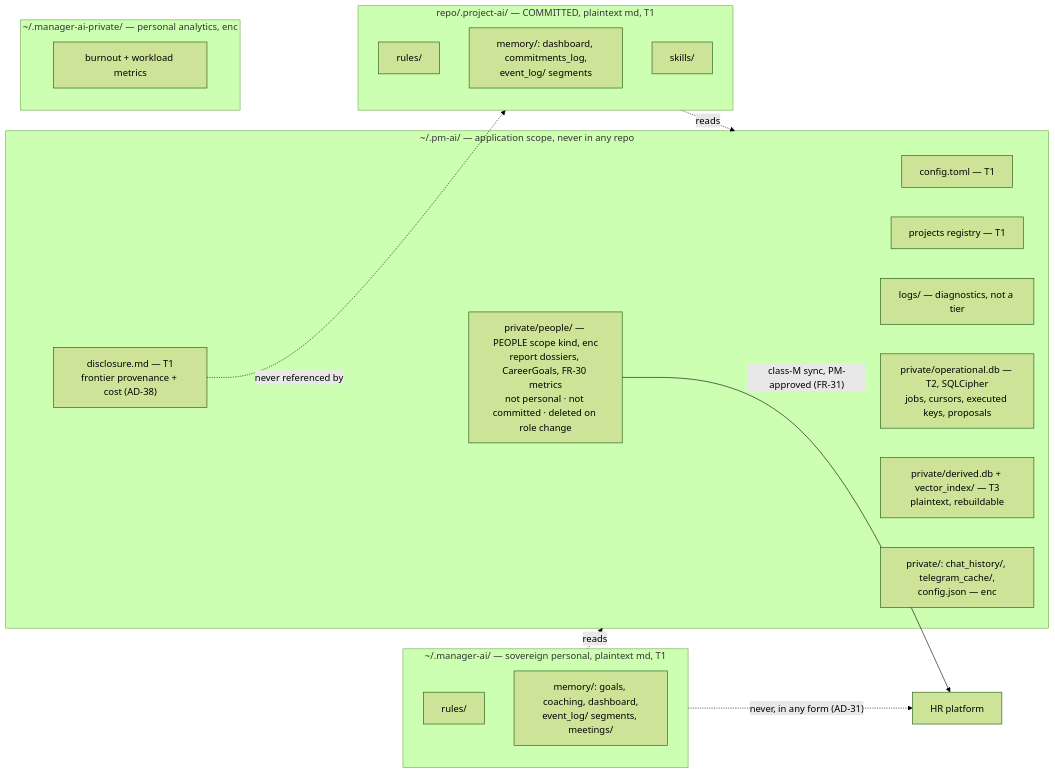
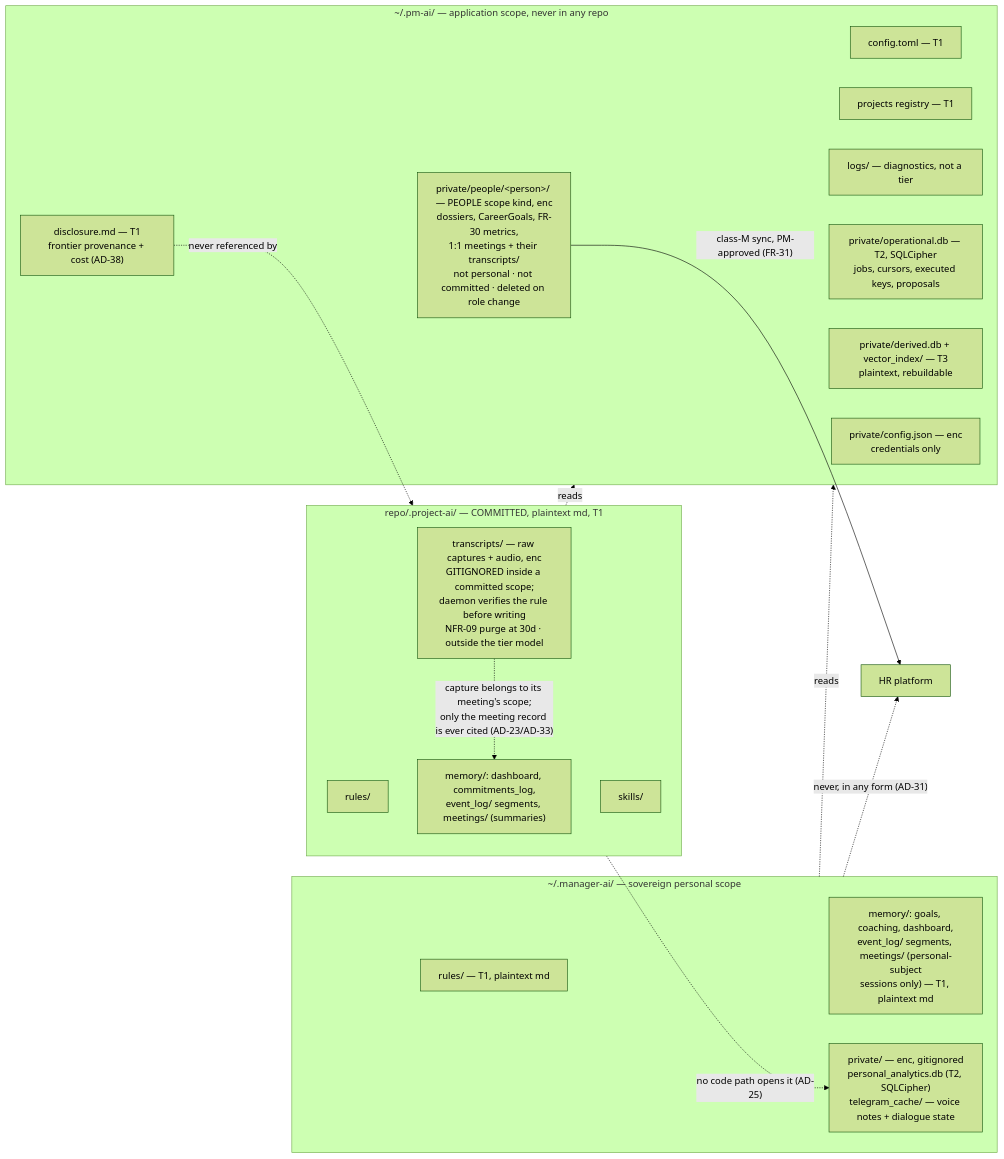
One commit to aramaniuk/pm-ai changed the third of 4 diagrams in _bmad-output/planning-artifacts/architecture/architecture-pm-ai-2026-08-18/ARCHITECTURE-SPINE.md. Above: the diagram before and after it, drawn with Mermaid (forest theme). The commit also changed other lines of this file and 10 other files, not shown here.

Commit message:
architecture & prd hardening: directory structure

````diff
--- a/_bmad-output/planning-artifacts/architecture/architecture-pm-ai-2026-08-18/ARCHITECTURE-SPINE.md
+++ b/_bmad-output/planning-artifacts/architecture/architecture-pm-ai-2026-08-18/ARCHITECTURE-SPINE.md
@@ -601,30 +618,31 @@
 ```mermaid
 graph LR
     subgraph APP["~/.pm-ai/ — application scope, never in any repo"]
         A1["config.toml — T1"]
         A2["projects registry — T1"]
         A3["disclosure.md — T1<br/>frontier provenance + cost (AD-38)"]
         A4["logs/ — diagnostics, not a tier"]
         A5["private/operational.db — T2, SQLCipher<br/>jobs, cursors, executed keys, proposals"]
         A6["private/derived.db + vector_index/ — T3<br/>plaintext, rebuildable"]
-        A7["private/: chat_history/, telegram_cache/,<br/>config.json — enc"]
-        A8["private/people/ — PEOPLE scope kind, enc<br/>report dossiers, CareerGoals, FR-30 metrics<br/>not personal · not committed · deleted on role change"]
+        A7["private/config.json — enc<br/>credentials only"]
+        A8["private/people/&lt;person&gt;/ — PEOPLE scope kind, enc<br/>dossiers, CareerGoals, FR-30 metrics,<br/>1:1 meetings + their transcripts/<br/>not personal · not committed · deleted on role change"]
     end
-    subgraph PERS["~/.manager-ai/ — sovereign personal, plaintext md, T1"]
-        P1[rules/]
-        P2["memory/: goals, coaching, dashboard,<br/>event_log/ segments, meetings/"]
-    end
-    subgraph PERSPRIV["~/.manager-ai-private/ — personal analytics, enc"]
-        PP1[burnout + workload metrics]
+    subgraph PERS["~/.manager-ai/ — sovereign personal scope"]
+        P1["rules/ — T1, plaintext md"]
+        P2["memory/: goals, coaching, dashboard,<br/>event_log/ segments, meetings/ (personal-subject<br/>sessions only) — T1, plaintext md"]
+        P3["private/ — enc, gitignored<br/>personal_analytics.db (T2, SQLCipher)<br/>telegram_cache/ — voice notes + dialogue state"]
     end
     subgraph PROJ["repo/.project-ai/ — COMMITTED, plaintext md, T1"]
         R1[rules/]
-        R2["memory/: dashboard, commitments_log,<br/>event_log/ segments"]
+        R2["memory/: dashboard, commitments_log,<br/>event_log/ segments, meetings/ (summaries)"]
         R3[skills/]
+        R4["transcripts/ — raw captures + audio, enc<br/>GITIGNORED inside a committed scope;<br/>daemon verifies the rule before writing<br/>NFR-09 purge at 30d · outside the tier model"]
     end
     PERS -.reads.-> APP
     PROJ -.reads.-> APP
     A3 -.->|"never referenced by"| PROJ
     A8 -->|"class-M sync, PM-approved (FR-31)"| HR[HR platform]
     PERS -.->|"never, in any form (AD-31)"| HR
+    PROJ -.->|"no code path opens it (AD-25)"| P3
+    R4 -.->|"capture belongs to its meeting's scope;<br/>only the meeting record is ever cited (AD-23/AD-33)"| R2
 ```
````
